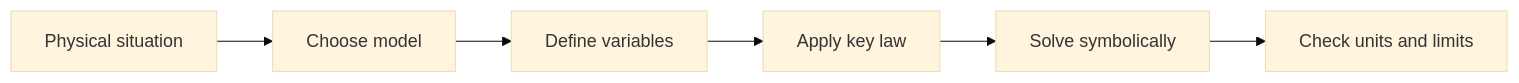
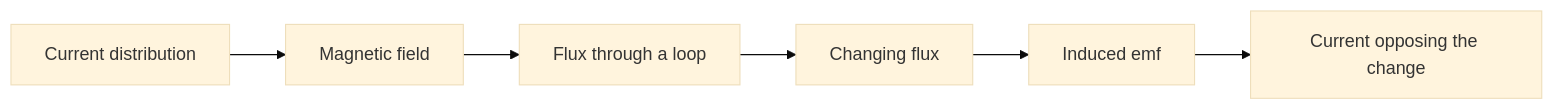
Before and after one commit to justinbrianhwang/SJ-wiki: the diagram in docs/physics/general/ampere-faraday-lenz-and-inductance.md, drawn with Mermaid (base theme). The commit also changed other lines of this file and 955 other files, not shown here.

````diff
--- a/docs/physics/general/ampere-faraday-lenz-and-inductance.md
+++ b/docs/physics/general/ampere-faraday-lenz-and-inductance.md
@@ -50,8 +94,8 @@
 ```mermaid
 graph LR
-  A[Physical situation] --> B[Choose model]
-  B --> C[Define variables]
-  C --> D[Apply key law]
-  D --> E[Solve symbolically]
-  E --> F[Check units and limits]
+  A[Current distribution] --> B[Magnetic field]
+  B --> C[Flux through a loop]
+  C --> D[Changing flux]
+  D --> E[Induced emf]
+  E --> F[Current opposing the change]
 ```
````
